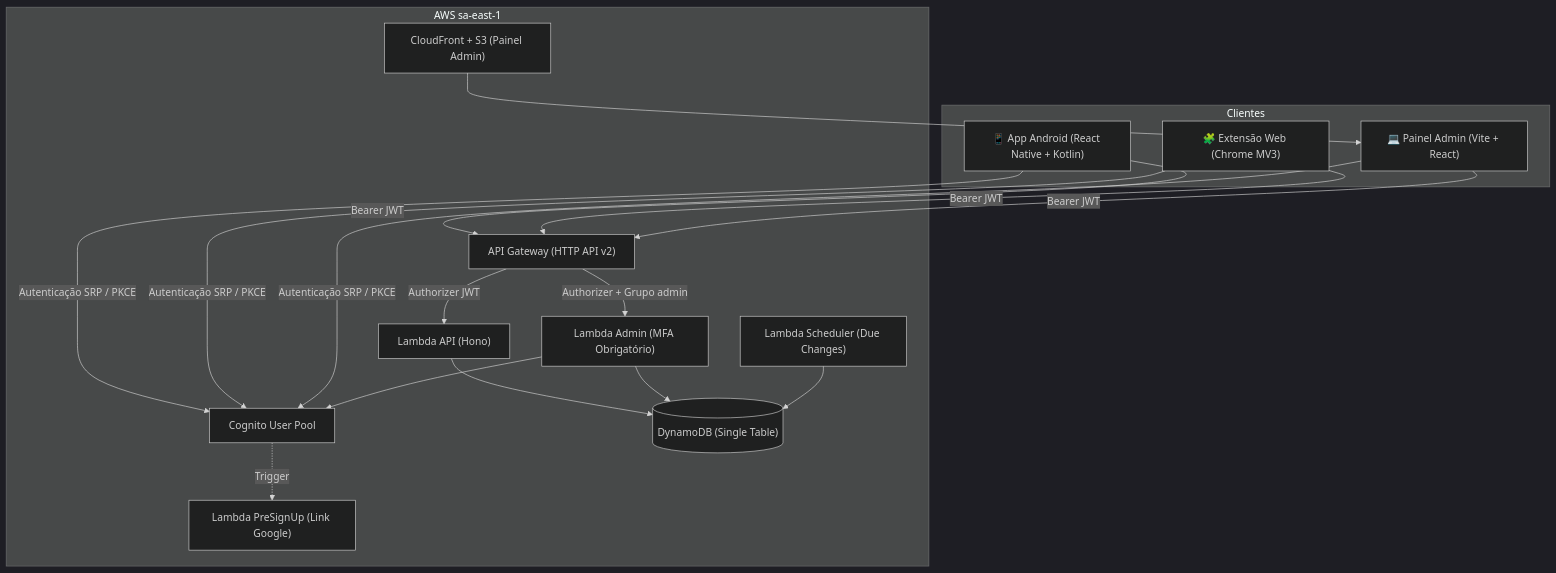
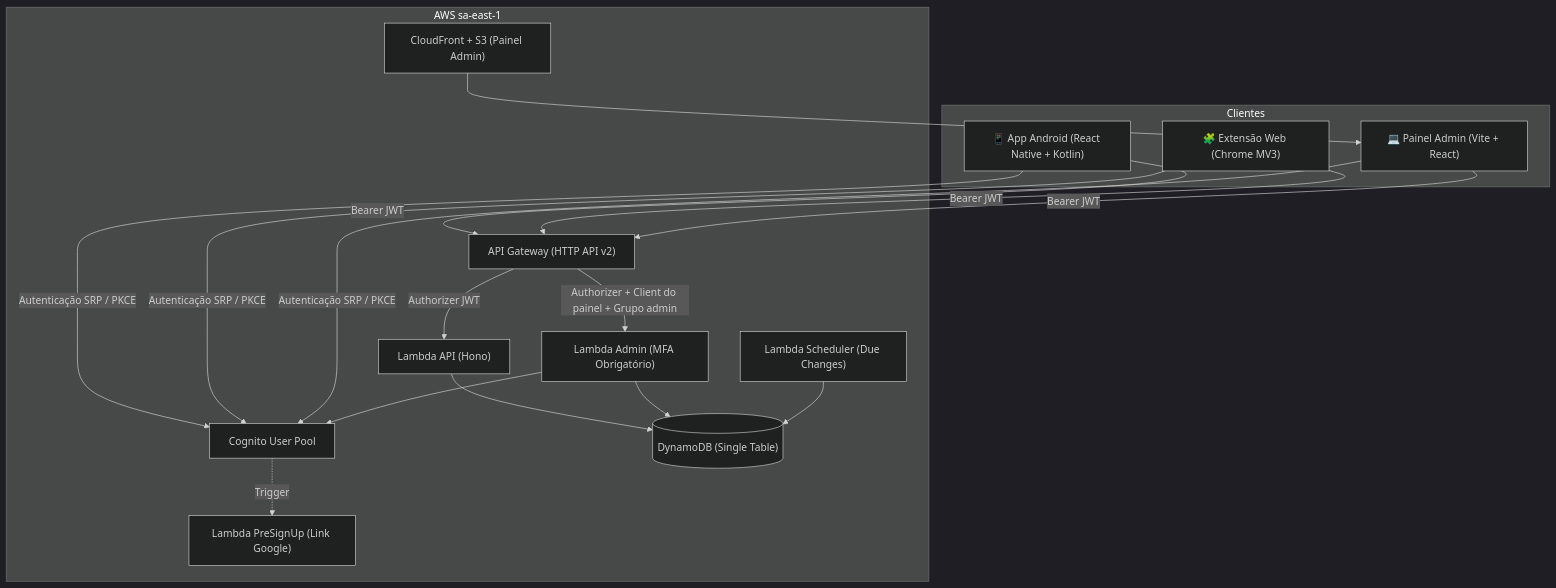
One commit to me-lucas-al/block-apps changed the diagram in README.md. Above: the diagram before and after it, drawn with Mermaid (dark theme). The commit also changed 2 other files, not shown here.

Commit message:
docs: describe the admin authorizer and the safe deploy order

````diff
--- a/README.md
+++ b/README.md
@@ -11,30 +11,30 @@
 ```mermaid
 flowchart TD
   subgraph Clientes
     A["📱 App Android (React Native + Kotlin)"]
     B["🧩 Extensão Web (Chrome MV3)"]
     C["💻 Painel Admin (Vite + React)"]
   end
 
   subgraph AWS_Cloud["AWS sa-east-1"]
     APIGW["API Gateway (HTTP API v2)"]
     COGNITO["Cognito User Pool"]
     LAMBDA_API["Lambda API (Hono)"]
     LAMBDA_ADMIN["Lambda Admin (MFA Obrigatório)"]
     LAMBDA_SCHEDULER["Lambda Scheduler (Due Changes)"]
     LAMBDA_PRE_SIGNUP["Lambda PreSignUp (Link Google)"]
     DYNAMO[("DynamoDB (Single Table)")]
     CF["CloudFront + S3 (Painel Admin)"]
   end
 
   A & B & C -->|Autenticação SRP / PKCE| COGNITO
   A & B & C -->|Bearer JWT| APIGW
   APIGW -->|Authorizer JWT| LAMBDA_API
-  APIGW -->|Authorizer + Grupo admin| LAMBDA_ADMIN
+  APIGW -->|Authorizer + Client do painel + Grupo admin| LAMBDA_ADMIN
   LAMBDA_API --> DYNAMO
   LAMBDA_ADMIN --> DYNAMO
   LAMBDA_ADMIN --> COGNITO
   LAMBDA_SCHEDULER --> DYNAMO
   COGNITO -.->|Trigger| LAMBDA_PRE_SIGNUP
   CF --> C
 ```
````
